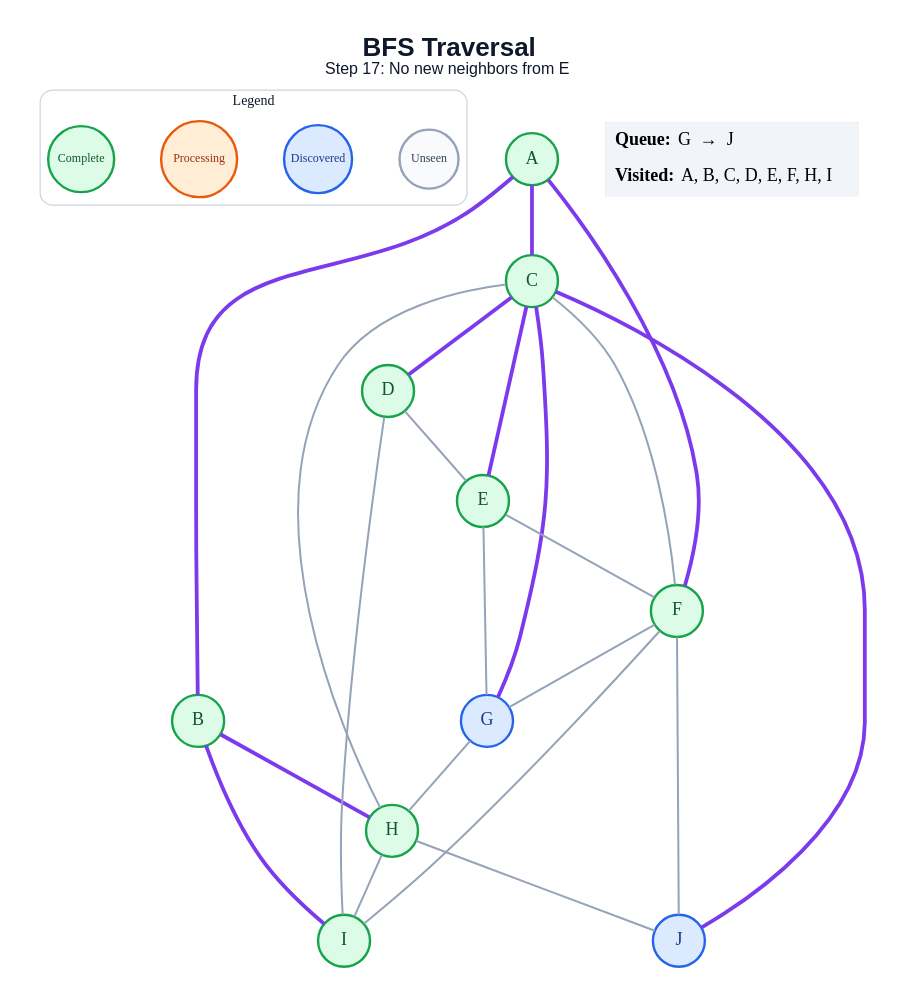
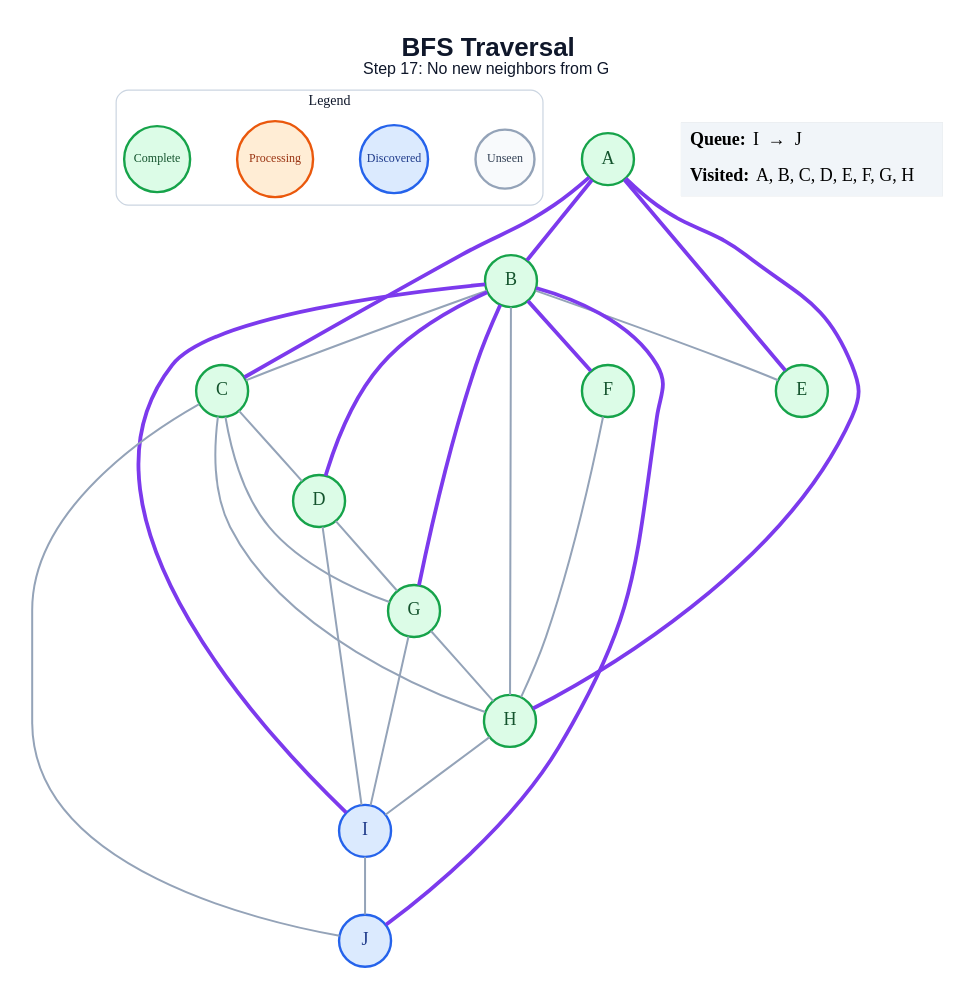
One commit to amanghodawala9/ai-slop changed the diagram in generated/bfs/step_17.dot. Above: the diagram before and after it, drawn with Graphviz. The commit also changed 178 other files, not shown here.

```diff
--- a/generated/bfs/step_17.dot
+++ b/generated/bfs/step_17.dot
@@ -1,50 +1,52 @@
 graph traversal {
   graph [layout=dot, rankdir=TB, bgcolor="#FFFFFF", pad="0.35", nodesep="0.65", ranksep="0.8", fontname="Arial"];
   node [shape=circle, style="filled", fontname="Arial Bold", fontsize=18, width=0.72, fixedsize=true, penwidth=2.4];
   edge [color="#94A3B8", penwidth=2.0];
-  label=<<B>BFS Traversal</B><BR/><FONT POINT-SIZE="16">Step 17: No new neighbors from E</FONT>>; labelloc="t"; fontsize=26; fontname="Arial"; fontcolor="#0F172A";
+  label=<<B>BFS Traversal</B><BR/><FONT POINT-SIZE="16">Step 17: No new neighbors from G</FONT>>; labelloc="t"; fontsize=26; fontname="Arial"; fontcolor="#0F172A";
   subgraph cluster_legend { label="Legend"; color="#CBD5E1"; penwidth=1.2; style="rounded"; fontsize=14; fontname="Arial Bold";
     key_unseen [label="Unseen", fillcolor="#F8FAFC", color="#94A3B8", fontcolor="#334155", fontsize=12, width=0.82];
     key_frontier [label="Discovered", fillcolor="#DBEAFE", color="#2563EB", fontcolor="#1E3A8A", fontsize=12, width=0.95];
     key_current [label="Processing", fillcolor="#FFEDD5", color="#EA580C", fontcolor="#9A3412", fontsize=12, width=1.05];
     key_done [label="Complete", fillcolor="#DCFCE7", color="#16A34A", fontcolor="#14532D", fontsize=12, width=0.92];
     { rank=same; key_unseen; key_frontier; key_current; key_done; }
   }
   A [fillcolor="#DCFCE7", color="#16A34A", fontcolor="#14532D"];
   B [fillcolor="#DCFCE7", color="#16A34A", fontcolor="#14532D"];
   C [fillcolor="#DCFCE7", color="#16A34A", fontcolor="#14532D"];
   D [fillcolor="#DCFCE7", color="#16A34A", fontcolor="#14532D"];
   E [fillcolor="#DCFCE7", color="#16A34A", fontcolor="#14532D"];
   F [fillcolor="#DCFCE7", color="#16A34A", fontcolor="#14532D"];
-  G [fillcolor="#DBEAFE", color="#2563EB", fontcolor="#1E3A8A"];
+  G [fillcolor="#DCFCE7", color="#16A34A", fontcolor="#14532D"];
   H [fillcolor="#DCFCE7", color="#16A34A", fontcolor="#14532D"];
-  I [fillcolor="#DCFCE7", color="#16A34A", fontcolor="#14532D"];
+  I [fillcolor="#DBEAFE", color="#2563EB", fontcolor="#1E3A8A"];
   J [fillcolor="#DBEAFE", color="#2563EB", fontcolor="#1E3A8A"];
   A -- B [color="#7C3AED", penwidth=3.8];
   A -- C [color="#7C3AED", penwidth=3.8];
-  A -- F [color="#7C3AED", penwidth=3.8];
-  B -- H [color="#7C3AED", penwidth=3.8];
+  A -- E [color="#7C3AED", penwidth=3.8];
+  A -- H [color="#7C3AED", penwidth=3.8];
+  B -- C;
+  B -- D [color="#7C3AED", penwidth=3.8];
+  B -- E;
+  B -- F [color="#7C3AED", penwidth=3.8];
+  B -- G [color="#7C3AED", penwidth=3.8];
+  B -- H;
   B -- I [color="#7C3AED", penwidth=3.8];
-  C -- D [color="#7C3AED", penwidth=3.8];
-  C -- E [color="#7C3AED", penwidth=3.8];
-  C -- F;
-  C -- G [color="#7C3AED", penwidth=3.8];
+  B -- J [color="#7C3AED", penwidth=3.8];
+  C -- D;
+  C -- G;
   C -- H;
-  C -- J [color="#7C3AED", penwidth=3.8];
-  D -- E;
+  C -- J;
+  D -- G;
   D -- I;
-  E -- F;
-  E -- G;
-  F -- G;
-  F -- I;
-  F -- J;
+  F -- H;
   G -- H;
+  G -- I;
   H -- I;
-  H -- J;
+  I -- J;
   status [shape=plain, fixedsize=false, width=0, height=0, margin=0, label=<
     <TABLE BORDER="0" CELLBORDER="0" CELLPADDING="7" BGCOLOR="#F1F5F9">
-      <TR><TD ALIGN="LEFT"><B>Queue:</B> G  →  J</TD></TR>
-      <TR><TD ALIGN="LEFT"><B>Visited:</B> A, B, C, D, E, F, H, I</TD></TR>
+      <TR><TD ALIGN="LEFT"><B>Queue:</B> I  →  J</TD></TR>
+      <TR><TD ALIGN="LEFT"><B>Visited:</B> A, B, C, D, E, F, G, H</TD></TR>
     </TABLE>
   >];
 }
```
